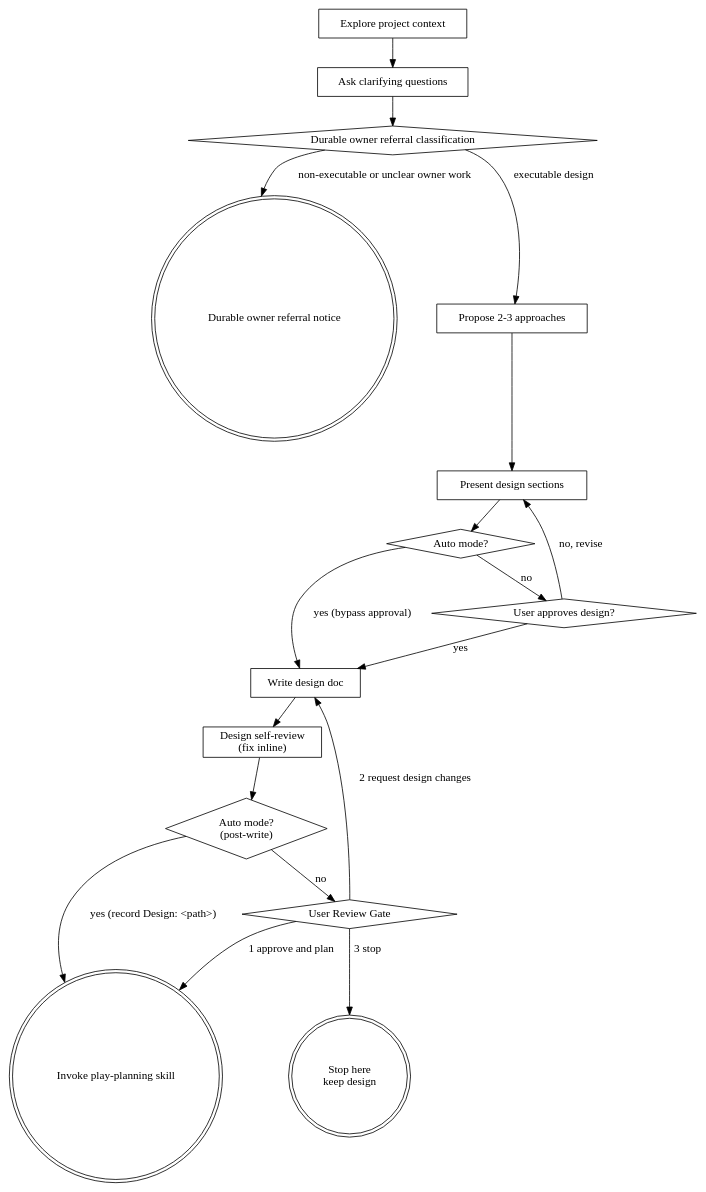
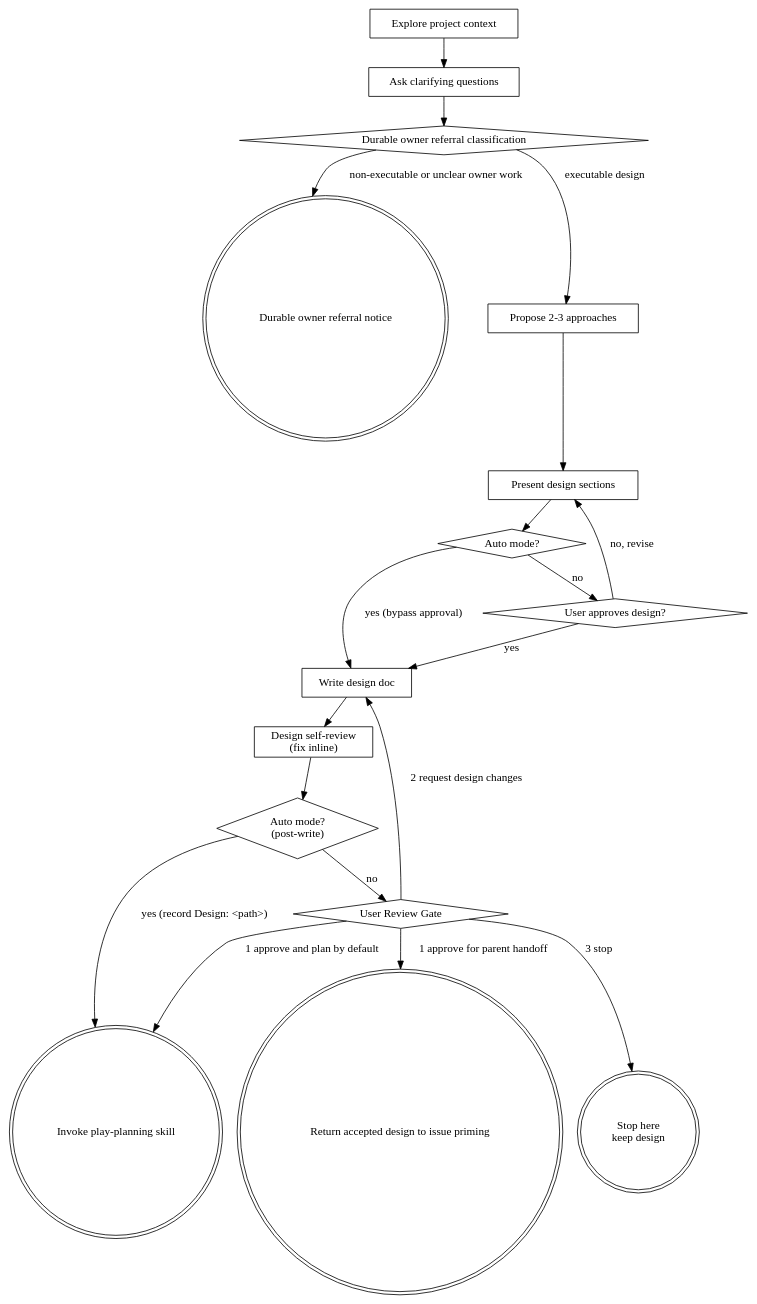
The diagram in skills/play-brainstorm/SKILL.md (ryumiel/devcanon), drawn with Graphviz before and after one commit. The commit also changed other lines of this file and 17 other files, not shown here.

````diff
--- a/skills/play-brainstorm/SKILL.md
+++ b/skills/play-brainstorm/SKILL.md
@@ -180,36 +180,38 @@
 ```dot
 digraph brainstorming {
     "Explore project context" [shape=box];
     "Durable owner referral classification" [shape=diamond];
     "Durable owner referral notice" [shape=doublecircle];
     "Ask clarifying questions" [shape=box];
     "Propose 2-3 approaches" [shape=box];
     "Present design sections" [shape=box];
     "Auto mode?" [shape=diamond];
     "User approves design?" [shape=diamond];
     "Write design doc" [shape=box];
     "Design self-review\n(fix inline)" [shape=box];
     "Auto mode?\n(post-write)" [shape=diamond];
     "User Review Gate" [shape=diamond];
     "Stop here\nkeep design" [shape=doublecircle];
     "Invoke play-planning skill" [shape=doublecircle];
+    "Return accepted design to issue priming" [shape=doublecircle];
 
     "Explore project context" -> "Ask clarifying questions";
     "Ask clarifying questions" -> "Durable owner referral classification";
     "Durable owner referral classification" -> "Durable owner referral notice" [label="non-executable or unclear owner work"];
     "Durable owner referral classification" -> "Propose 2-3 approaches" [label="executable design"];
     "Propose 2-3 approaches" -> "Present design sections";
     "Present design sections" -> "Auto mode?";
     "Auto mode?" -> "Write design doc" [label="yes (bypass approval)"];
     "Auto mode?" -> "User approves design?" [label="no"];
     "User approves design?" -> "Present design sections" [label="no, revise"];
     "User approves design?" -> "Write design doc" [label="yes"];
     "Write design doc" -> "Design self-review\n(fix inline)";
     "Design self-review\n(fix inline)" -> "Auto mode?\n(post-write)";
     "Auto mode?\n(post-write)" -> "Invoke play-planning skill" [label="yes (record Design: <path>)"];
     "Auto mode?\n(post-write)" -> "User Review Gate" [label="no"];
-    "User Review Gate" -> "Invoke play-planning skill" [label="1 approve and plan"];
+    "User Review Gate" -> "Invoke play-planning skill" [label="1 approve and plan by default"];
+    "User Review Gate" -> "Return accepted design to issue priming" [label="1 approve for parent handoff"];
     "User Review Gate" -> "Write design doc" [label="2 request design changes"];
     "User Review Gate" -> "Stop here\nkeep design" [label="3 stop"];
 }
 ```
````
